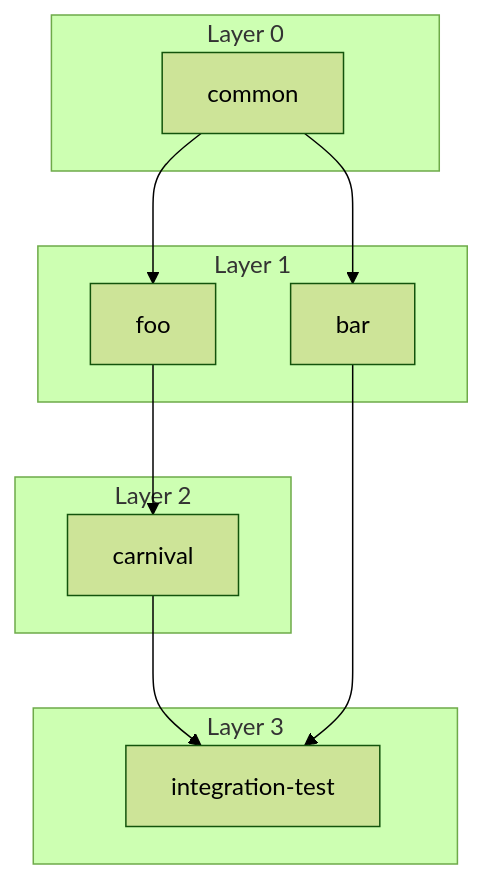
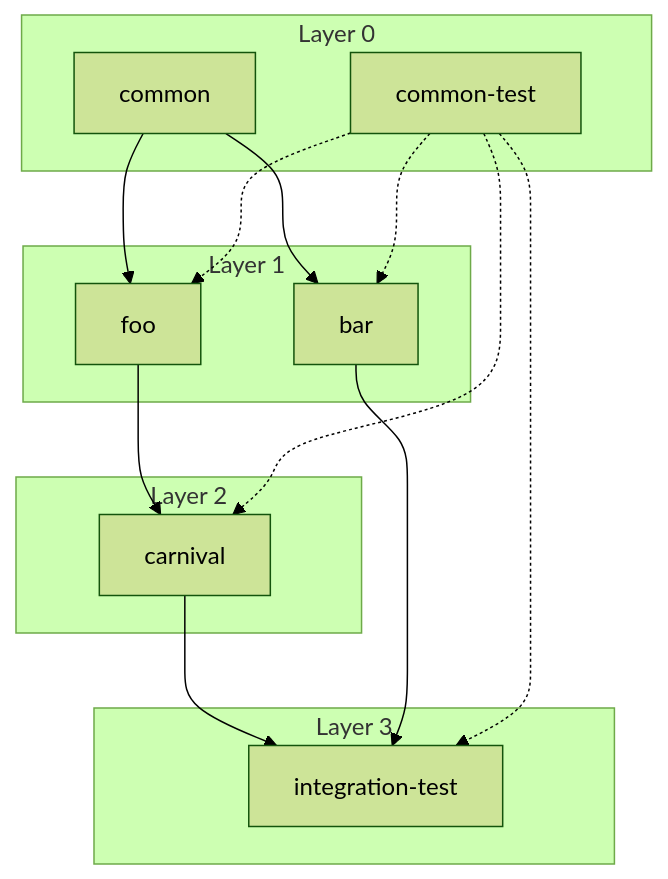
Before and after one commit to javaworkinggirl/foo-bar: the diagram in docs/module-dependencies.md, drawn with Mermaid (forest theme). The commit also changed other lines of this file and 16 other files, not shown here.

Commit message:
Add common-test module and refactor shared IT boilerplate; update docs

````diff
--- a/docs/module-dependencies.md
+++ b/docs/module-dependencies.md
@@ -3,22 +5,28 @@
 ```mermaid
 graph TD
     subgraph L0["Layer 0"]
         common
+        common-test
     end
     subgraph L1["Layer 1"]
         foo
         bar
     end
     subgraph L2["Layer 2"]
         carnival
     end
     subgraph L3["Layer 3"]
         integration-test
     end
 
     common --> foo
     common --> bar
     foo --> carnival
     carnival --> integration-test
     bar --> integration-test
+
+    common-test -.-> foo
+    common-test -.-> bar
+    common-test -.-> carnival
+    common-test -.-> integration-test
 ```
````
